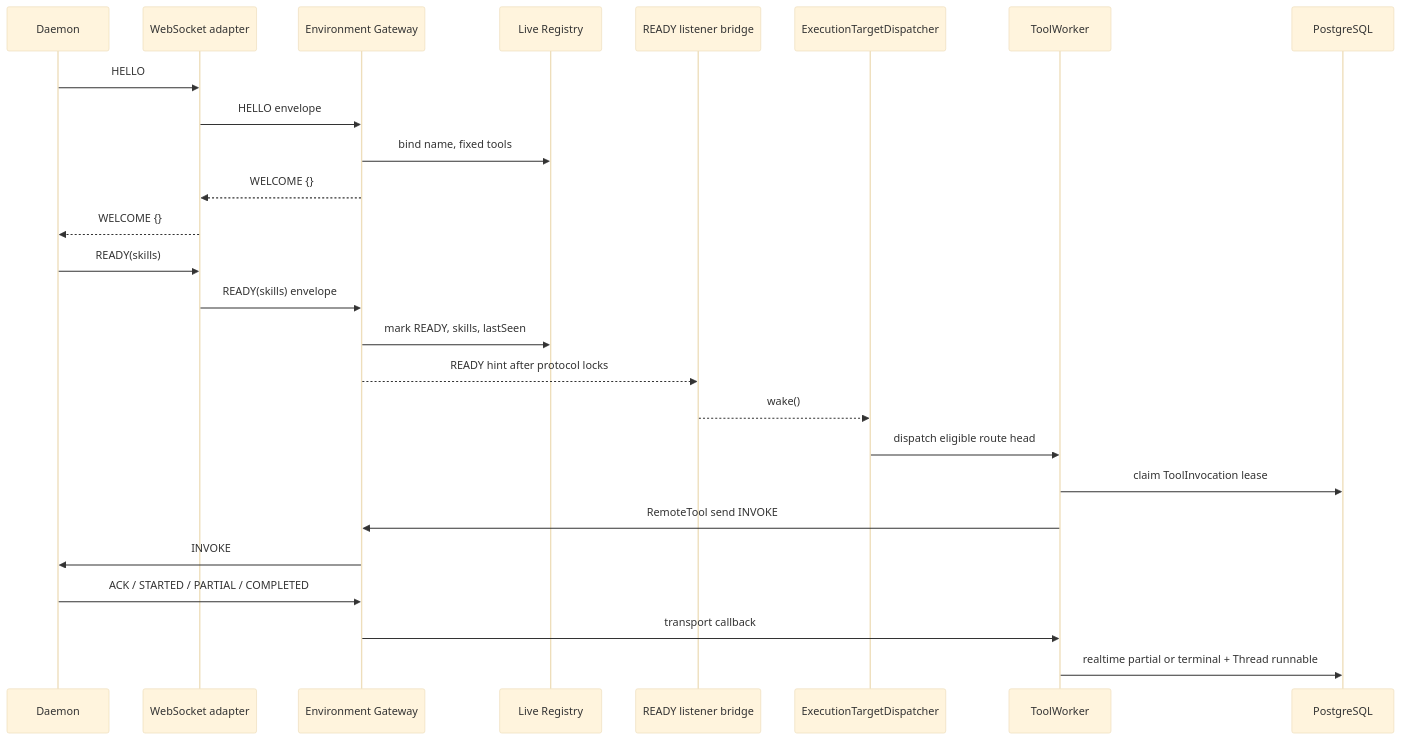
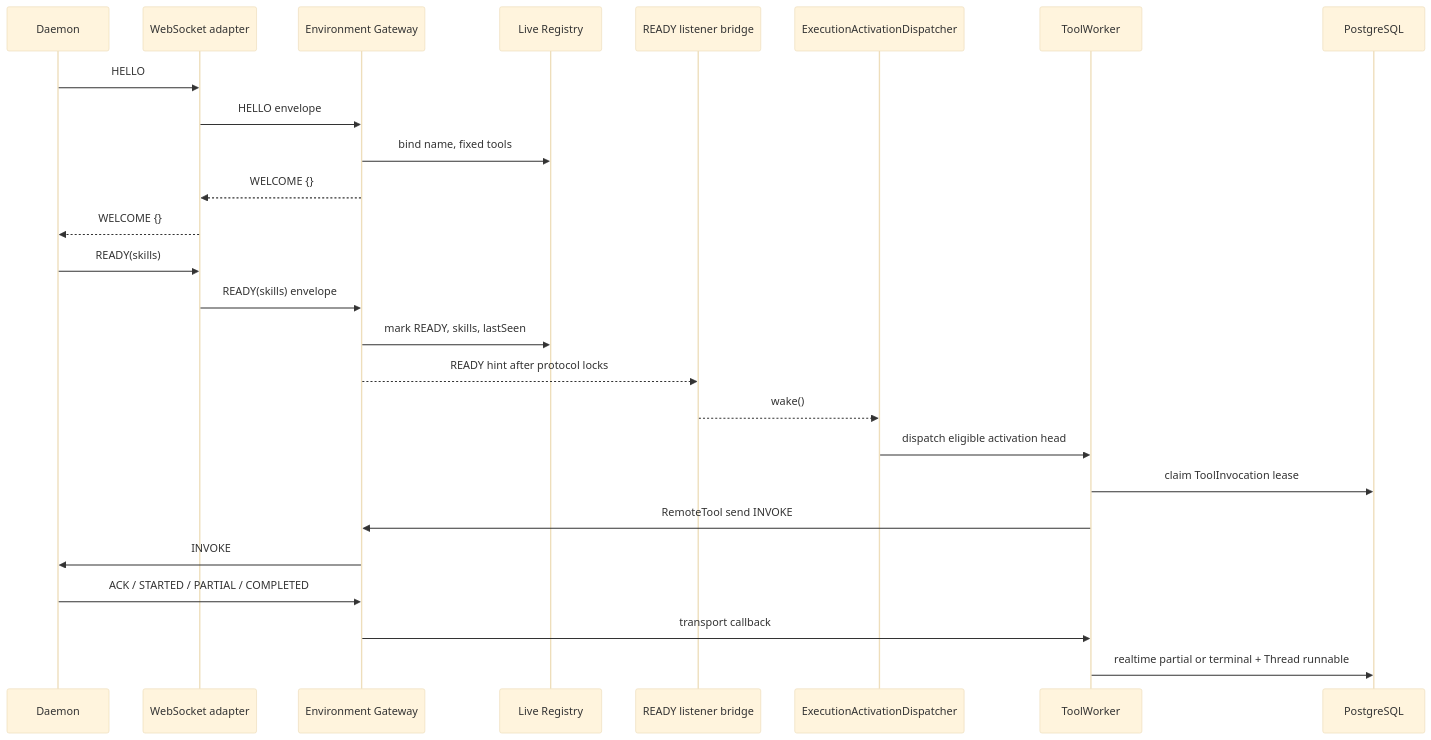
The diagram in docs/technical-solution/environment-daemon-gateway.md (fengwk/kk-studio), drawn with Mermaid (base theme) before and after one commit. The commit also changed other lines of this file and 82 other files, not shown here.

Commit message:
refactor(ai): model durable execution activation

````diff
--- a/docs/technical-solution/environment-daemon-gateway.md
+++ b/docs/technical-solution/environment-daemon-gateway.md
@@ -75,29 +75,29 @@
 ```mermaid
 sequenceDiagram
     participant D as Daemon
     participant W as WebSocket adapter
     participant G as Environment Gateway
     participant R as Live Registry
     participant L as READY listener bridge
-    participant ED as ExecutionTargetDispatcher
+    participant ED as ExecutionActivationDispatcher
     participant TW as ToolWorker
     participant DB as PostgreSQL
 
     D->>W: HELLO
     W->>G: HELLO envelope
     G->>R: bind name, fixed tools
     G-->>W: WELCOME {}
     W-->>D: WELCOME {}
     D->>W: READY(skills)
     W->>G: READY(skills) envelope
     G->>R: mark READY, skills, lastSeen
     G-->>L: READY hint after protocol locks
     L-->>ED: wake()
-    ED->>TW: dispatch eligible route head
+    ED->>TW: dispatch eligible activation head
     TW->>DB: claim ToolInvocation lease
     TW->>G: RemoteTool send INVOKE
     G->>D: INVOKE
     D->>G: ACK / STARTED / PARTIAL / COMPLETED
     G->>TW: transport callback
     TW->>DB: realtime partial or terminal + Thread runnable
 ```
````
